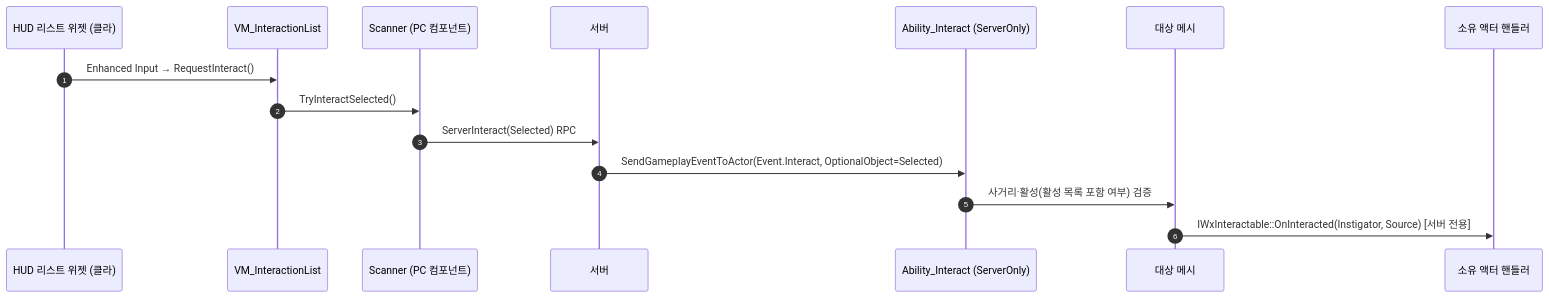
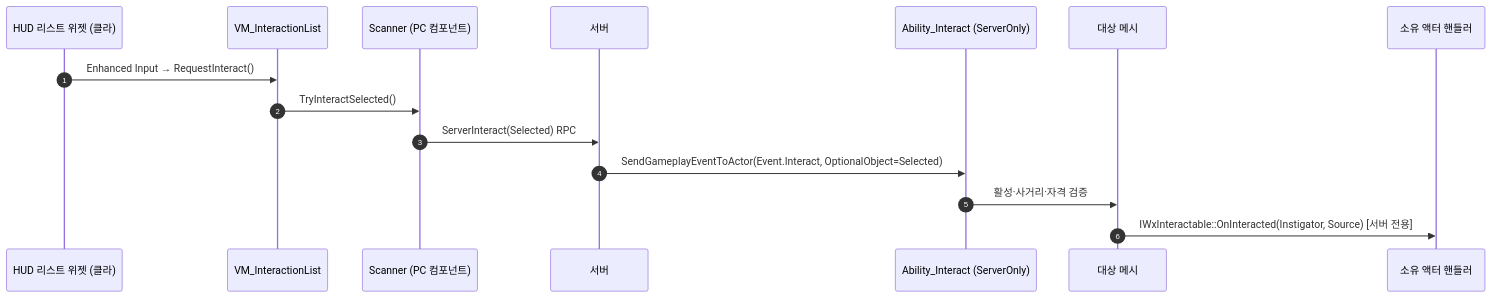
The second of 2 diagrams in Docs/Programmer/Interaction_System.md (Woogl/ProjectWx), drawn with Mermaid before and after one commit. The commit also changed other lines of this file and 9 other files, not shown here.

````diff
--- a/Docs/Programmer/Interaction_System.md
+++ b/Docs/Programmer/Interaction_System.md
@@ -83,17 +83,17 @@
 ```mermaid
 sequenceDiagram
     autonumber
     participant W as HUD 리스트 위젯 (클라)
     participant VM as VM_InteractionList
     participant R as Scanner (PC 컴포넌트)
     participant SV as 서버
     participant AB as Ability_Interact (ServerOnly)
     participant IC as 대상 메시
     participant H as 소유 액터 핸들러
     W->>VM: Enhanced Input → RequestInteract()
     VM->>R: TryInteractSelected()
     R->>SV: ServerInteract(Selected) RPC
     SV->>AB: SendGameplayEventToActor(Event.Interact, OptionalObject=Selected)
-    AB->>IC: 사거리·활성(활성 목록 포함 여부) 검증
+    AB->>IC: 활성·사거리·자격 검증
     IC->>H: IWxInteractable::OnInteracted(Instigator, Source) [서버 전용]
 ```
````
